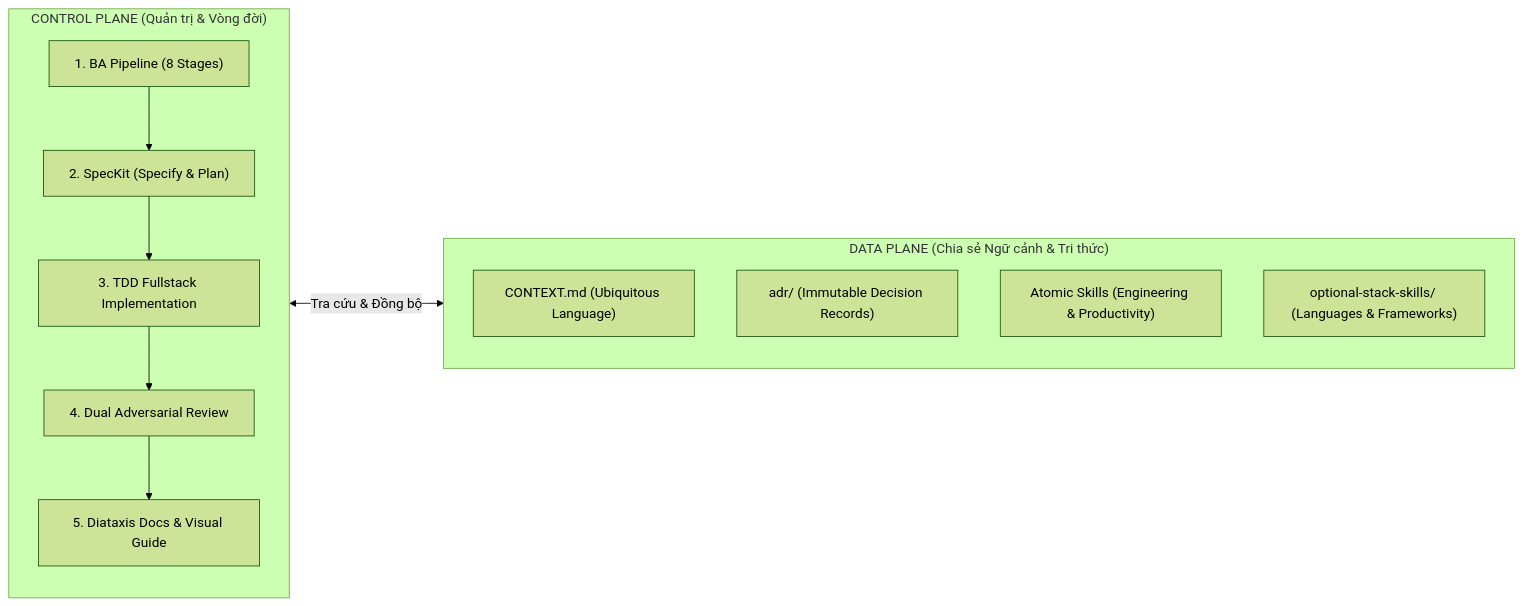
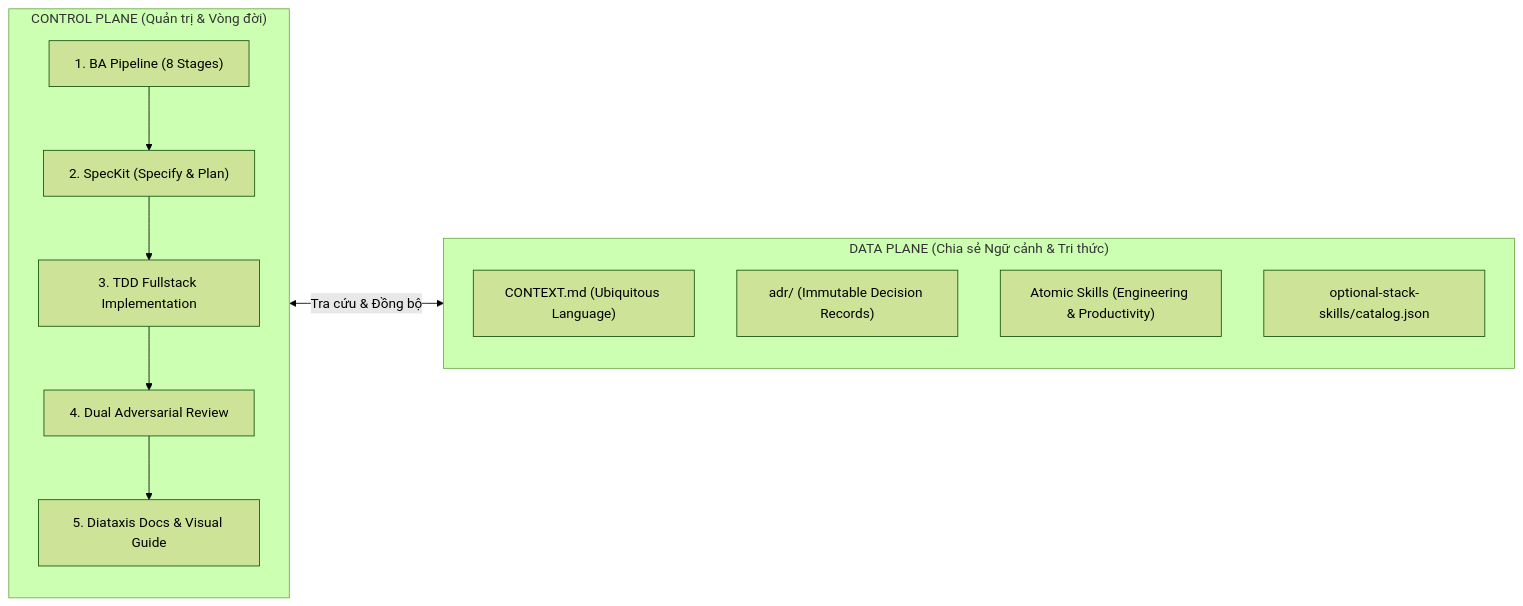
One commit to ahauy/universal-agents-workflow changed the first of 3 diagrams in README.md. Above: the diagram before and after it, drawn with Mermaid (forest theme). The commit also changed other lines of this file, not shown here.

````diff
--- a/README.md
+++ b/README.md
@@ -40,20 +50,20 @@
 ```mermaid
 graph LR
     subgraph ControlPlane ["CONTROL PLANE (Quản trị & Vòng đời)"]
         direction TB
         BA["1. BA Pipeline (8 Stages)"] --> SA["2. SpecKit (Specify & Plan)"]
         SA --> TDD["3. TDD Fullstack Implementation"]
         TDD --> Rev["4. Dual Adversarial Review"]
         Rev --> Docs["5. Diataxis Docs & Visual Guide"]
     end
 
     subgraph DataPlane ["DATA PLANE (Chia sẻ Ngữ cảnh & Tri thức)"]
         direction TB
         Lang["CONTEXT.md (Ubiquitous Language)"]
         Dec["adr/ (Immutable Decision Records)"]
         Skills["Atomic Skills (Engineering & Productivity)"]
-        Stack["optional-stack-skills/ (Languages & Frameworks)"]
+        Stack["optional-stack-skills/catalog.json"]
     end
 
     ControlPlane <-->|Tra cứu & Đồng bộ| DataPlane
 ```
````
